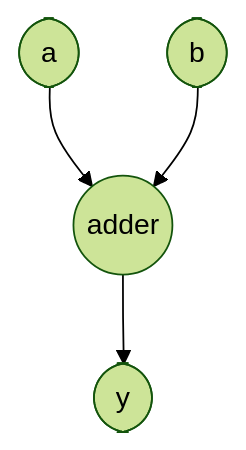
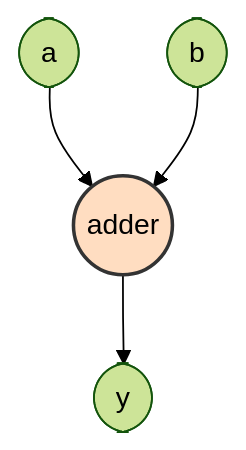
One commit to granitespinoza/arqui changed the diagram in docs/module_diagrams/adder.md. Above: the diagram before and after it, drawn with Mermaid (forest theme). The commit also changed 18 other files, not shown here.

Commit message:
Improve module diagrams with colors

````diff
--- a/docs/module_diagrams/adder.md
+++ b/docs/module_diagrams/adder.md
@@ -3,6 +3,9 @@
 ```mermaid
 flowchart TD
+    classDef main fill:#FFDDC1,stroke:#333,stroke-width:2px
+    classDef sub fill:#BBE1FA,stroke:#333
     a([a]) --> adder_module((adder))
     b([b]) --> adder_module
     adder_module --> y([y])
+    class adder_module main
 ```
````
